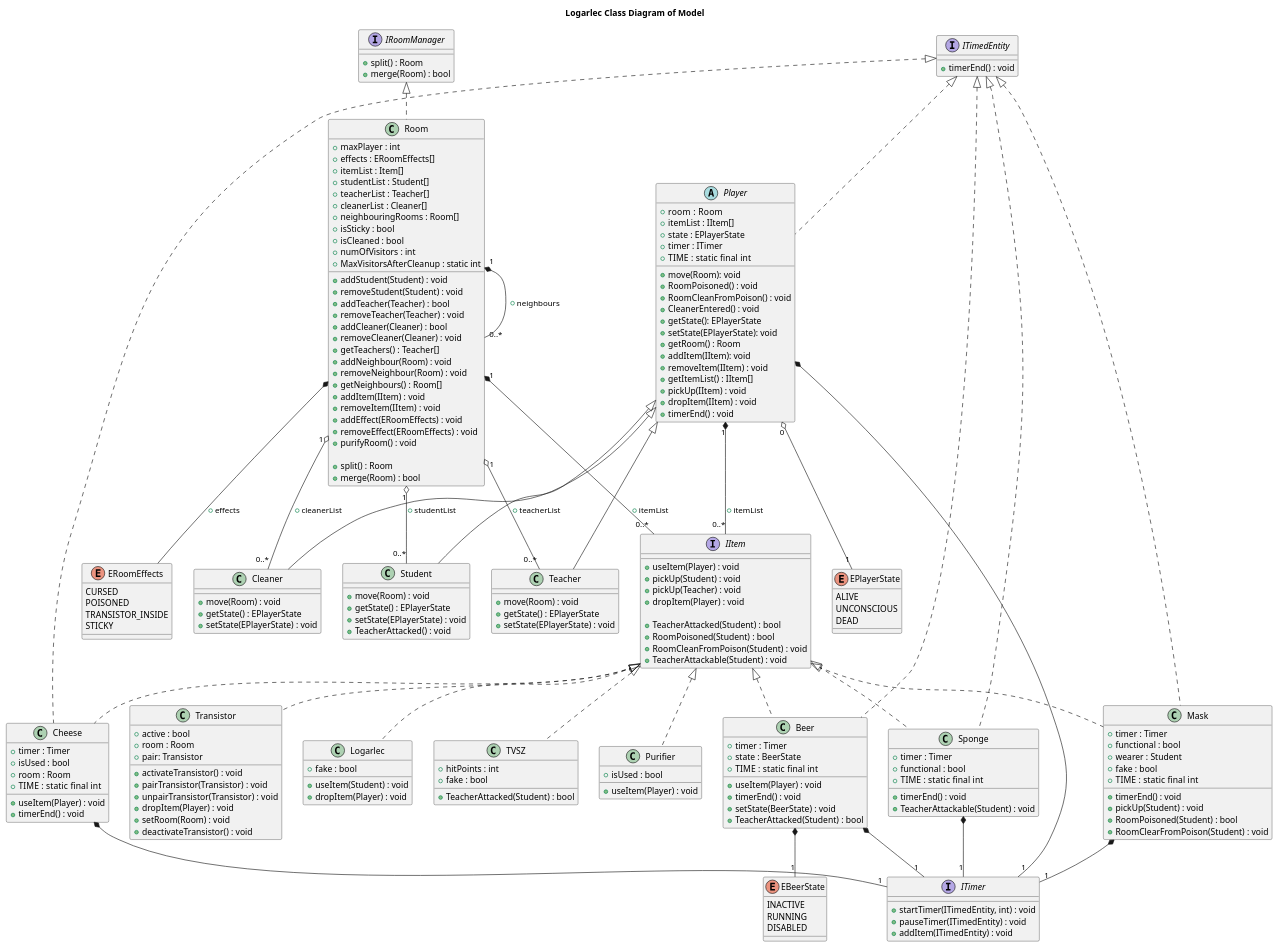
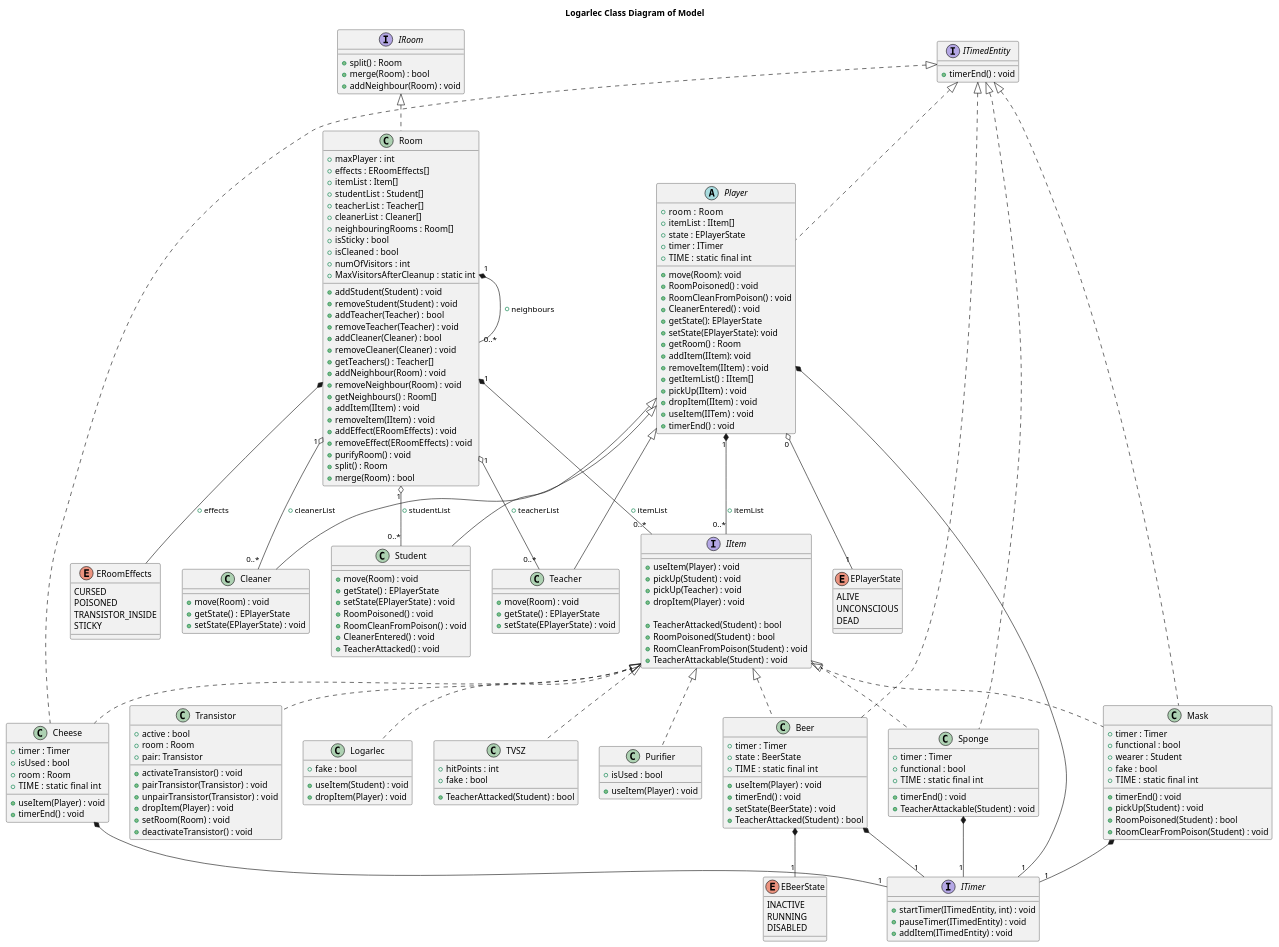
The diagram in docs/Class_UML.plantuml (MBakter/echo), drawn with PlantUML before and after one commit. The commit also changed 4 other files, not shown here.

```diff
--- a/docs/Class_UML.plantuml
+++ b/docs/Class_UML.plantuml
@@ -2,12 +2,13 @@
 
 title Logarlec Class Diagram of Model
 
-interface IRoomManager {
+interface IRoom {
     + split() : Room
     + merge(Room) : bool
+    + addNeighbour(Room) : void
 }
 
-class Room implements IRoomManager {
+class Room implements IRoom {
     + maxPlayer : int
     + effects : ERoomEffects[]
     + itemList : Item[]
@@ -35,7 +36,6 @@
     + addEffect(ERoomEffects) : void
     + removeEffect(ERoomEffects) : void
     + purifyRoom() : void
-
     + split() : Room
     + merge(Room) : bool
 }
@@ -53,7 +53,7 @@
     DEAD
 }
 
-abstract class Player implements ITimedEntity{
+abstract class Player implements ITimedEntity {
     + room  : Room
     + itemList : IItem[]
     + state : EPlayerState
@@ -72,6 +72,7 @@
     + getItemList() : IItem[]
     + pickUp(IItem) : void
     + dropItem(IItem) : void
+    + useItem(IITem) : void
     + timerEnd() : void
 }
 
@@ -101,6 +102,9 @@
     + move(Room) : void
     + getState() : EPlayerState
     + setState(EPlayerState) : void
+    + RoomPoisoned() : void
+    + RoomCleanFromPoison() : void
+    + CleanerEntered() : void
     + TeacherAttacked() : void
 }
 
@@ -134,7 +138,7 @@
     + TeacherAttacked(Student) : bool
 }
 
-class Transistor implements IItem  {
+class Transistor implements IItem {
     + active : bool
     + room : Room
     + pair: Transistor
@@ -208,7 +212,7 @@
     + useItem(Player) : void
 }
 
-class Logarlec  implements IItem  {
+class Logarlec  implements IItem {
     + fake : bool
 
     + useItem(Student) : void
```
